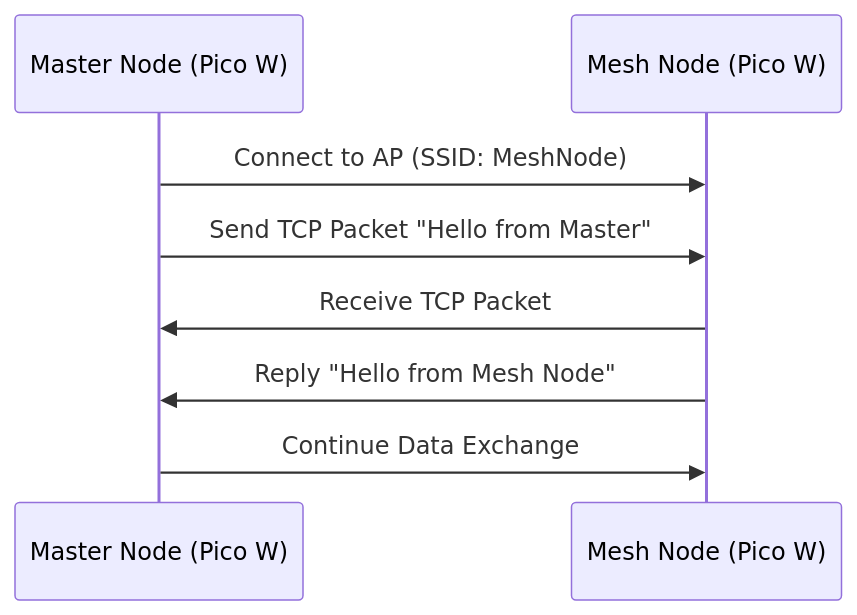
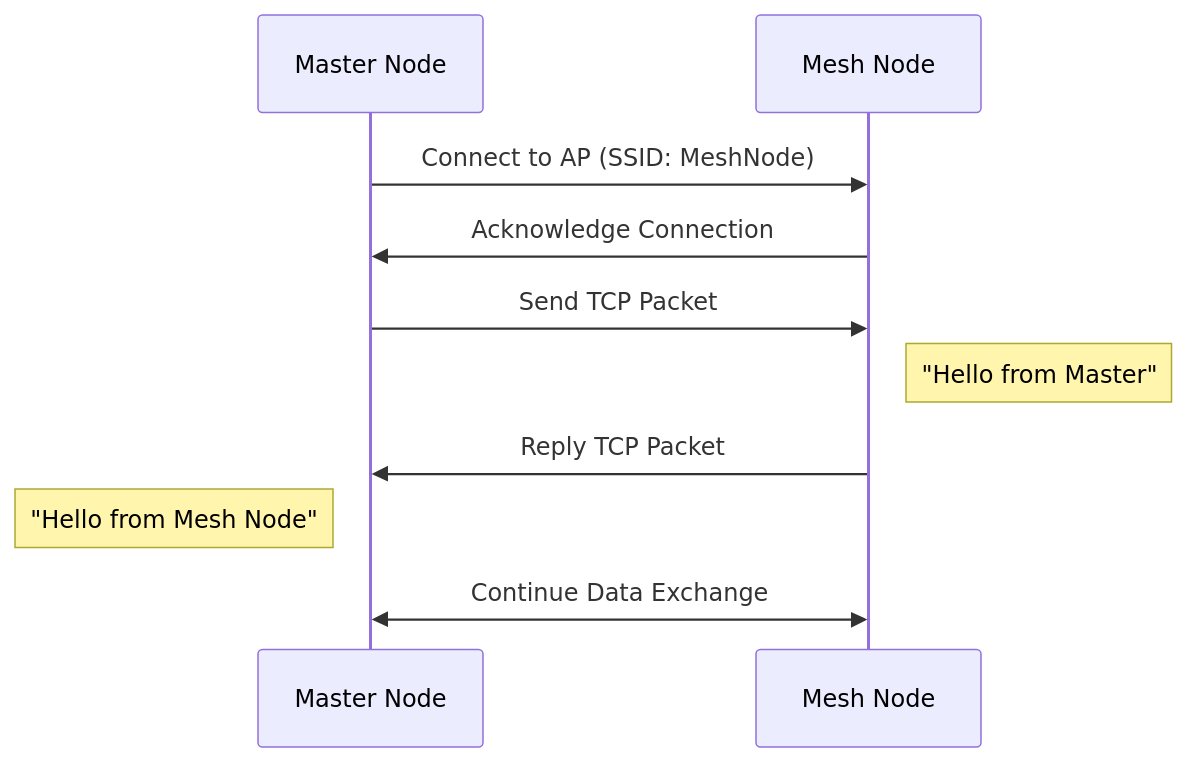
The ninth of 9 diagrams in README.md (Rackhamn/iot_arch_project1), drawn with Mermaid before and after one commit. The commit also changed other lines of this file, not shown here.

Commit message:
Renamed Mesh Network Graph Titles etc

````diff
--- a/README.md
+++ b/README.md
@@ -335,11 +337,16 @@
 ```mermaid
 sequenceDiagram
-    participant Master_Node as Master Node (Pico W)
-    participant Mesh_Node as Mesh Node (Pico W)
+    participant Master_Node as Master Node
+    participant Mesh_Node as Mesh Node
+
+%% <p style="color: orange;"><b><i>Redis</i></b></p>
 
     Master_Node ->> Mesh_Node: Connect to AP (SSID: MeshNode)
-    Master_Node ->> Mesh_Node: Send TCP Packet "Hello from Master"
-    Mesh_Node ->> Master_Node: Receive TCP Packet
-    Mesh_Node ->> Master_Node: Reply "Hello from Mesh Node"
-    Master_Node ->> Mesh_Node: Continue Data Exchange
+    Mesh_Node ->> Master_Node: Acknowledge Connection
+    Master_Node ->> Mesh_Node: Send TCP Packet
+    Note right of Mesh_Node: "Hello from Master"
+    %% Note right of Mesh_Node: Receive TCP Packet
+    Mesh_Node ->> Master_Node: Reply TCP Packet
+    Note left of Master_Node: "Hello from Mesh Node"
+    Master_Node <<->> Mesh_Node: Continue Data Exchange
 ```
````
